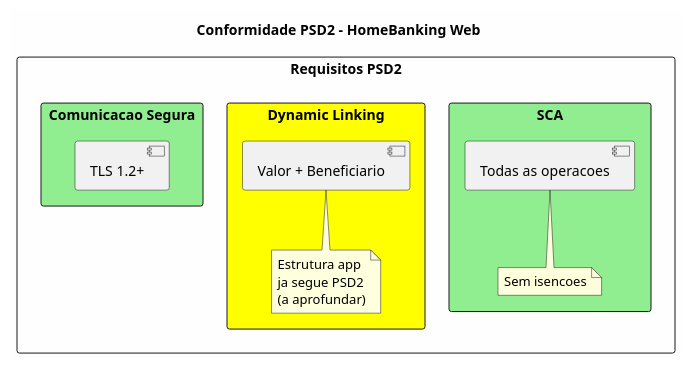
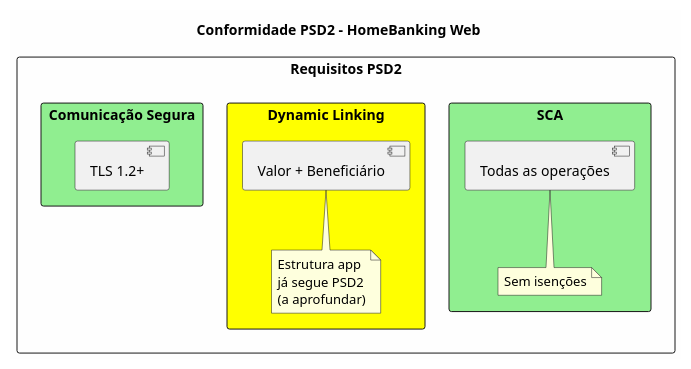
One commit to beduardo/novobanco_website_doc changed the third of 3 diagrams in current/sections/SEC-08-seguranca-conformidade.md. Above: the diagram before and after it, drawn with PlantUML. The commit also changed other lines of this file and 182 other files, not shown here.

````diff
--- a/current/sections/SEC-08-seguranca-conformidade.md
+++ b/current/sections/SEC-08-seguranca-conformidade.md
@@ -159,24 +159,24 @@
 ```plantuml
 @startuml
 skinparam backgroundColor #FEFEFE
 
 title Conformidade PSD2 - HomeBanking Web
 
 rectangle "Requisitos PSD2" {
     rectangle "SCA" #LightGreen {
-        [Todas as operacoes]
-        note bottom : Sem isencoes
+        [Todas as operações]
+        note bottom : Sem isenções
     }
 
     rectangle "Dynamic Linking" #Yellow {
-        [Valor + Beneficiario]
-        note bottom : Estrutura app\nja segue PSD2\n(a aprofundar)
+        [Valor + Beneficiário]
+        note bottom : Estrutura app\njá segue PSD2\n(a aprofundar)
     }
 
-    rectangle "Comunicacao Segura" #LightGreen {
+    rectangle "Comunicação Segura" #LightGreen {
         [TLS 1.2+]
     }
 }
 
 @enduml
 ```
````
